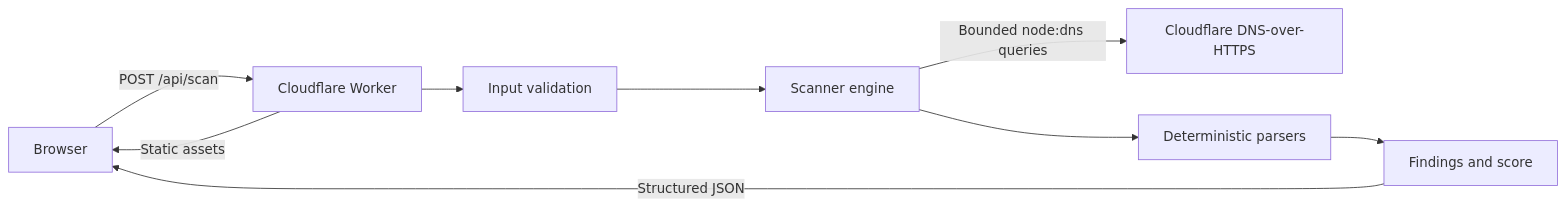
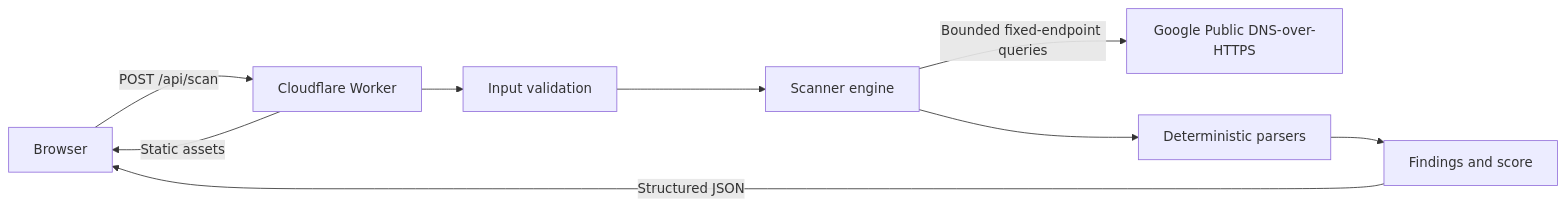
Before and after one commit to TheDudesRepo/dmarc: the diagram in docs/ARCHITECTURE.md, drawn with Mermaid. The commit also changed other lines of this file and 18 other files, not shown here.

````diff
--- a/docs/ARCHITECTURE.md
+++ b/docs/ARCHITECTURE.md
@@ -10,11 +10,11 @@
 ```mermaid
 flowchart LR
     U[Browser] -->|POST /api/scan| W[Cloudflare Worker]
     W --> V[Input validation]
     V --> S[Scanner engine]
-    S -->|Bounded node:dns queries| D[Cloudflare DNS-over-HTTPS]
+    S -->|Bounded fixed-endpoint queries| D[Google Public DNS-over-HTTPS]
     S --> P[Deterministic parsers]
     P --> A[Findings and score]
     A -->|Structured JSON| U
     W -->|Static assets| U
 ```
````
